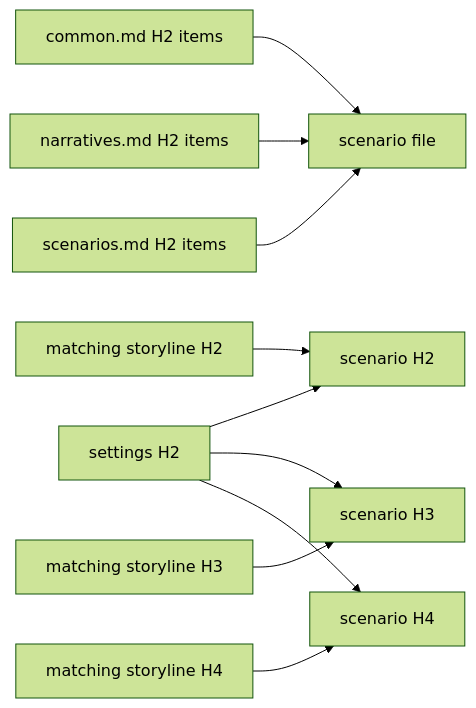
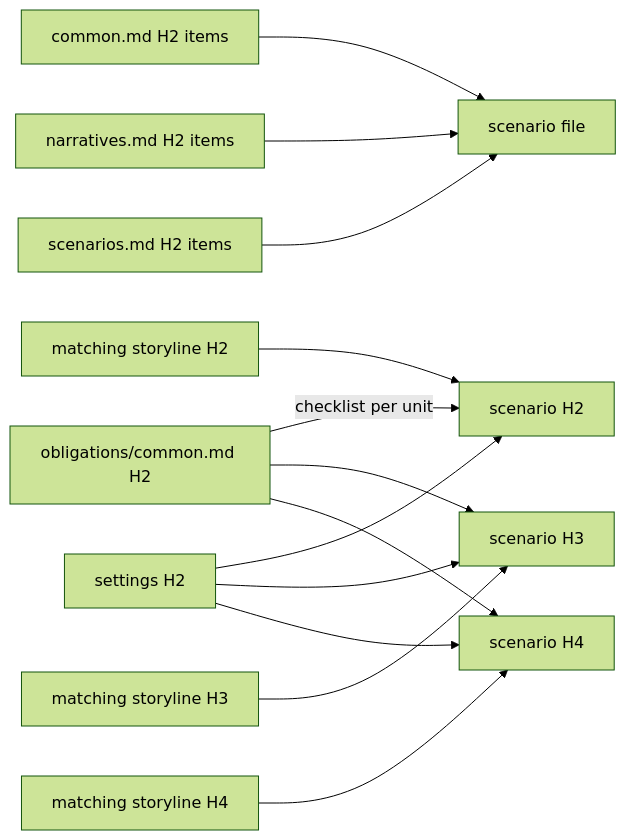
One commit to samchon/novels changed the diagram in .agents/skills/novel/scenarios.md. Above: the diagram before and after it, drawn with Mermaid (forest theme). The commit also changed other lines of this file and 36 other files, not shown here.

````diff
--- a/.agents/skills/novel/scenarios.md
+++ b/.agents/skills/novel/scenarios.md
@@ -13,12 +17,15 @@
 ```mermaid
 flowchart LR
   CM["common.md H2 items"] --> CF["scenario file"]
   PC["narratives.md H2 items"] --> CF
   PL["scenarios.md H2 items"] --> CF
+  OU["obligations/common.md H2"] -->|"checklist per unit"| C2
+  OU --> C3
+  OU --> C4
   F["settings H2"] --> C2["scenario H2"]
   F --> C3["scenario H3"]
   F --> C4["scenario H4"]
   T2["matching storyline H2"] --> C2
   T3["matching storyline H3"] --> C3
   T4["matching storyline H4"] --> C4
 ```
````
